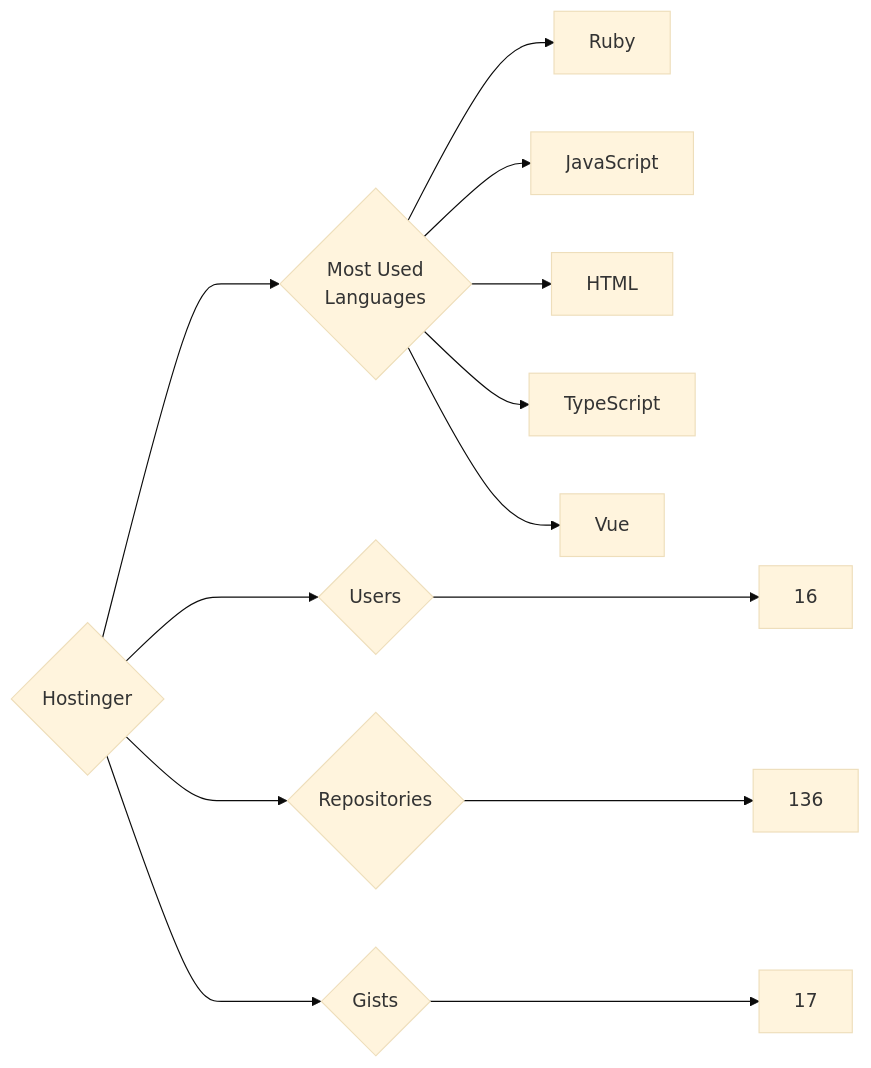
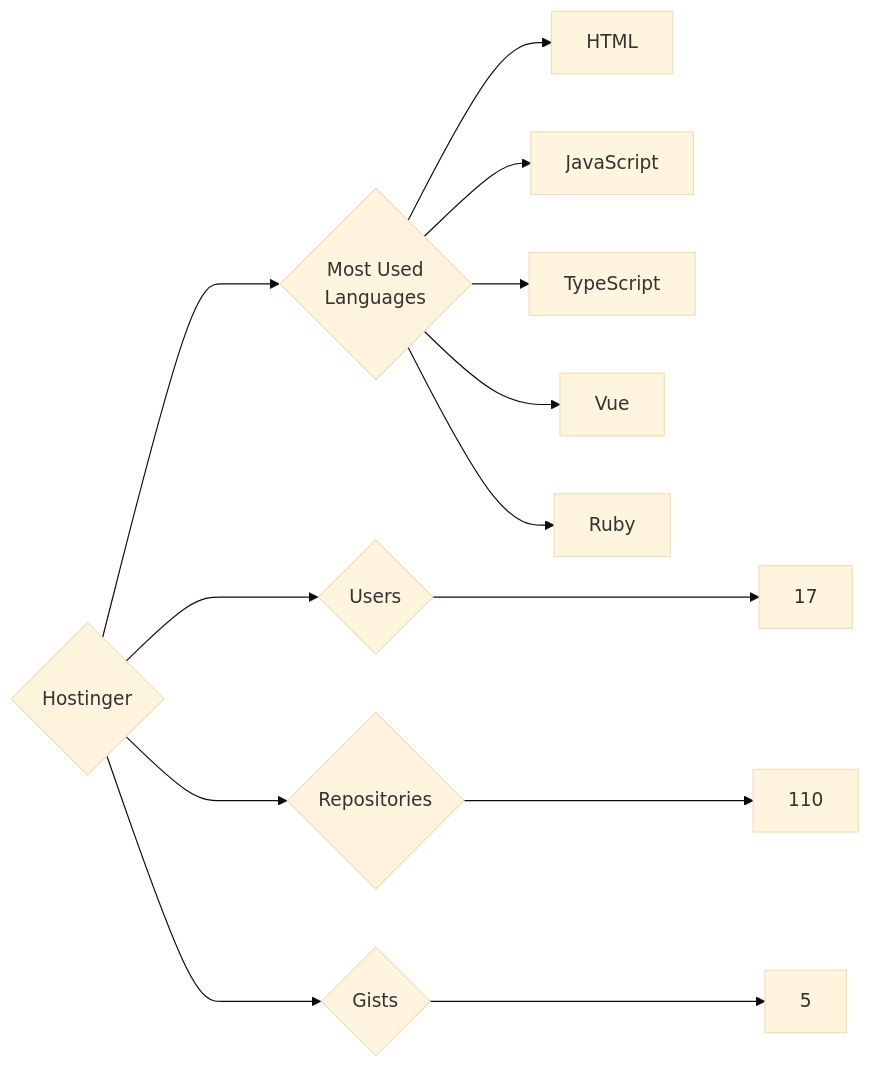
The diagram in targets/Hostinger/README.md (trickest/insiders), drawn with Mermaid (base theme) before and after one commit. The commit also changed 718 other files, not shown here.

````diff
--- a/targets/Hostinger/README.md
+++ b/targets/Hostinger/README.md
@@ -3,13 +3,13 @@
 ```mermaid
 graph LR
 COMPANY_NAME{Hostinger}
-COMPANY_NAME ---> U{Users} ---> UN[16]
-COMPANY_NAME ---> R{Repositories} ---> RN[136]
-COMPANY_NAME ---> G{Gists} ---> GN[17]
+COMPANY_NAME ---> U{Users} ---> UN[17]
+COMPANY_NAME ---> R{Repositories} ---> RN[110]
+COMPANY_NAME ---> G{Gists} ---> GN[5]
 COMPANY_NAME ---> ML{Most Used<br>Languages}
-ML --> Ruby[Ruby]
+ML --> HTML[HTML]
 ML --> JavaScript[JavaScript]
-ML --> HTML[HTML]
 ML --> TypeScript[TypeScript]
 ML --> Vue[Vue]
+ML --> Ruby[Ruby]
 ```
````
